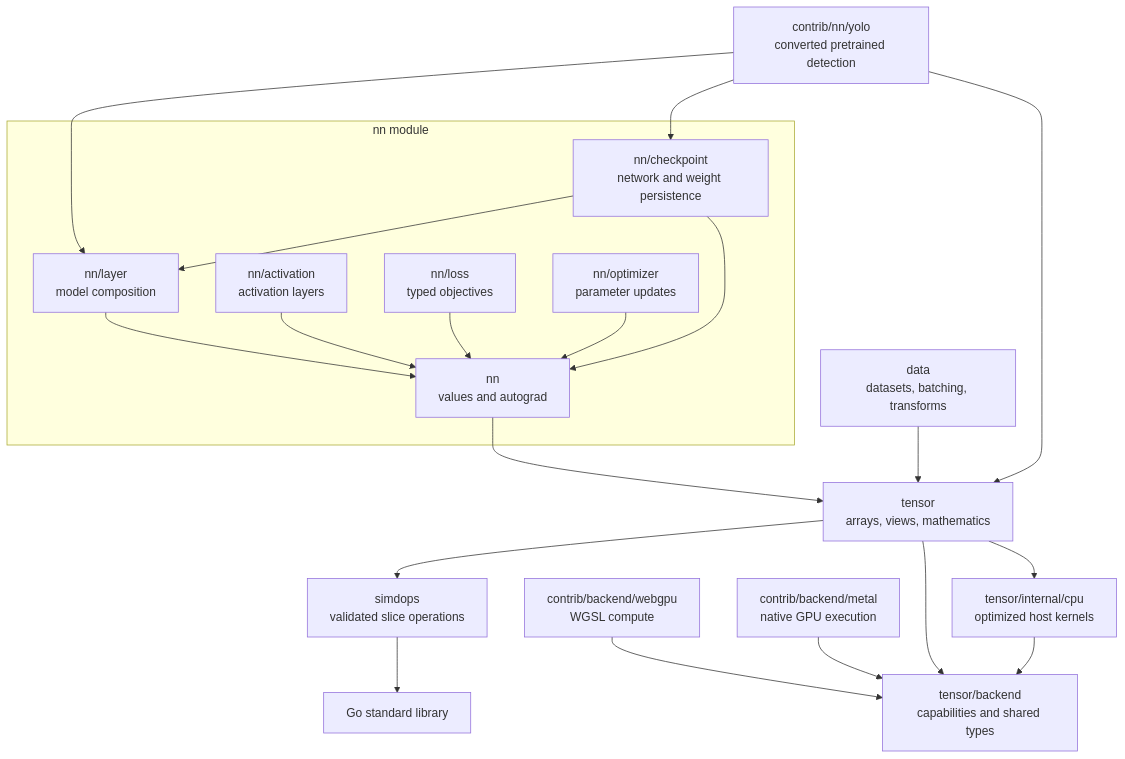
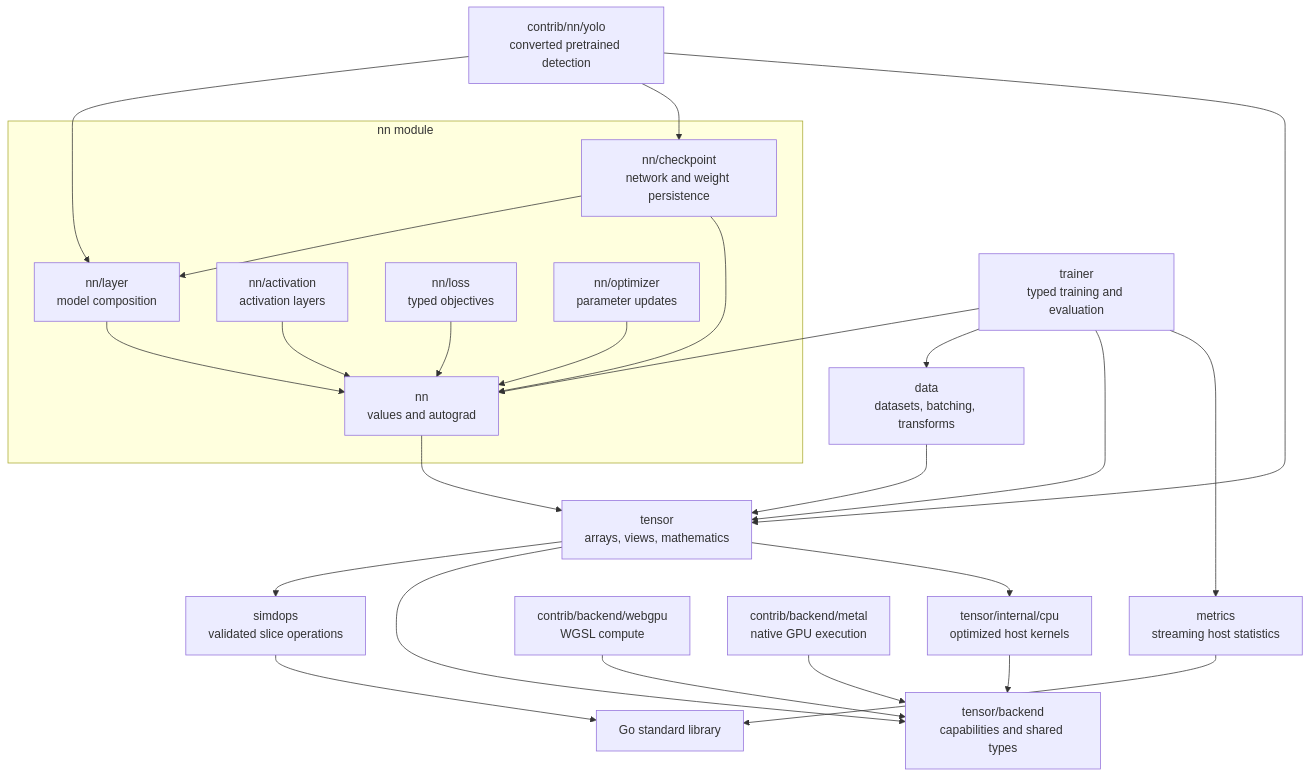
One commit to bpradana/goml changed the first of 3 diagrams in docs/architecture.md. Above: the diagram before and after it, drawn with Mermaid. The commit also changed other lines of this file and 15 other files, not shown here.

Commit message:
docs(trainer): document training metrics and resource ownership

````diff
--- a/docs/architecture.md
+++ b/docs/architecture.md
@@ -13,23 +13,28 @@
 ```mermaid
 flowchart TD
     subgraph Neural["nn module"]
         Layer["nn/layer<br/>model composition"] --> Core["nn<br/>values and autograd"]
         Activation["nn/activation<br/>activation layers"] --> Core
         Loss["nn/loss<br/>typed objectives"] --> Core
         Optimizer["nn/optimizer<br/>parameter updates"] --> Core
         Checkpoint["nn/checkpoint<br/>network and weight persistence"] --> Layer
         Checkpoint --> Core
     end
     YOLO["contrib/nn/yolo<br/>converted pretrained detection"] --> Layer
     YOLO --> Checkpoint
     YOLO --> Tensor
+    Trainer["trainer<br/>typed training and evaluation"] --> Core
+    Trainer --> Data
+    Trainer --> Tensor
+    Trainer --> Metrics["metrics<br/>streaming host statistics"]
+    Metrics --> Std
     Data["data<br/>datasets, batching, transforms"] --> Tensor
     Core --> Tensor["tensor<br/>arrays, views, mathematics"]
     Tensor --> SIMD["simdops<br/>validated slice operations"]
     WebGPU["contrib/backend/webgpu<br/>WGSL compute"] --> Contract
     Metal["contrib/backend/metal<br/>native GPU execution"] --> Contract["tensor/backend<br/>capabilities and shared types"]
     Tensor --> Contract
     CPU["tensor/internal/cpu<br/>optimized host kernels"] --> Contract
     Tensor --> CPU
     SIMD --> Std["Go standard library"]
 ```
````
